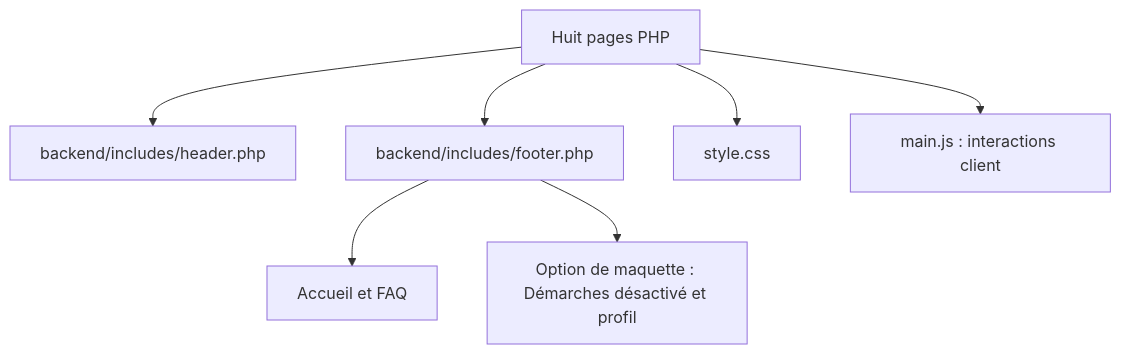
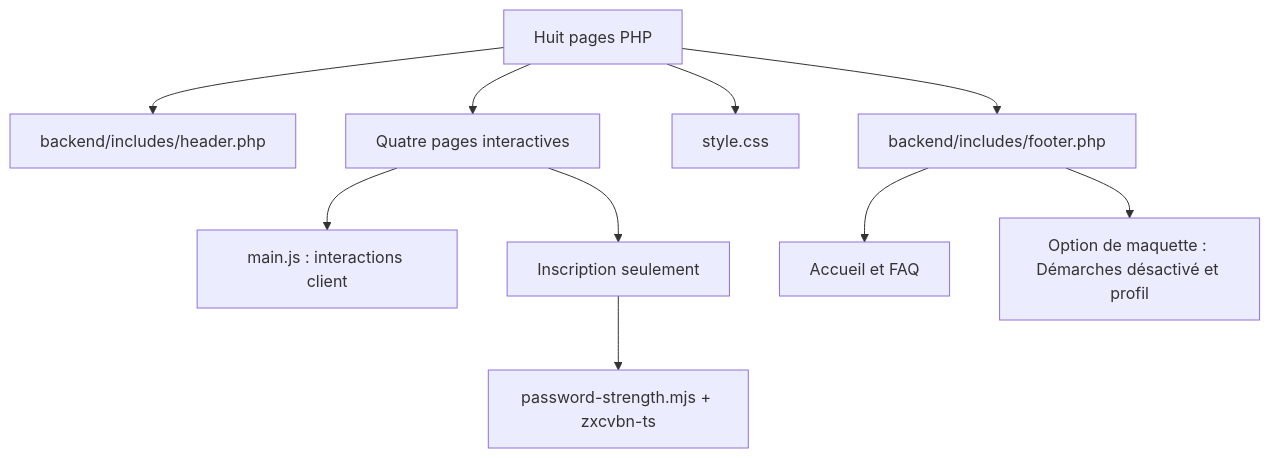
One commit to SP-MMIBdx/M2-weux-projet-dev-ux changed the diagram in README.md. Above: the diagram before and after it, drawn with Mermaid. The commit also changed other lines of this file and 6 other files, not shown here.

````diff
--- a/README.md
+++ b/README.md
@@ -111,9 +113,12 @@
 ```mermaid
 flowchart TD
     Pages["Huit pages PHP"] --> Header["backend/includes/header.php"]
     Pages --> Footer["backend/includes/footer.php"]
     Pages --> CSS["style.css"]
-    Pages --> JS["main.js : interactions client"]
+    Pages --> Interactives["Quatre pages interactives"]
+    Interactives --> JS["main.js : interactions client"]
+    Interactives --> Inscription["Inscription seulement"]
+    Inscription --> Strength["password-strength.mjs + zxcvbn-ts"]
     Footer --> Public["Accueil et FAQ"]
     Footer --> Demo["Option de maquette : Démarches désactivé et profil"]
 ```
````
